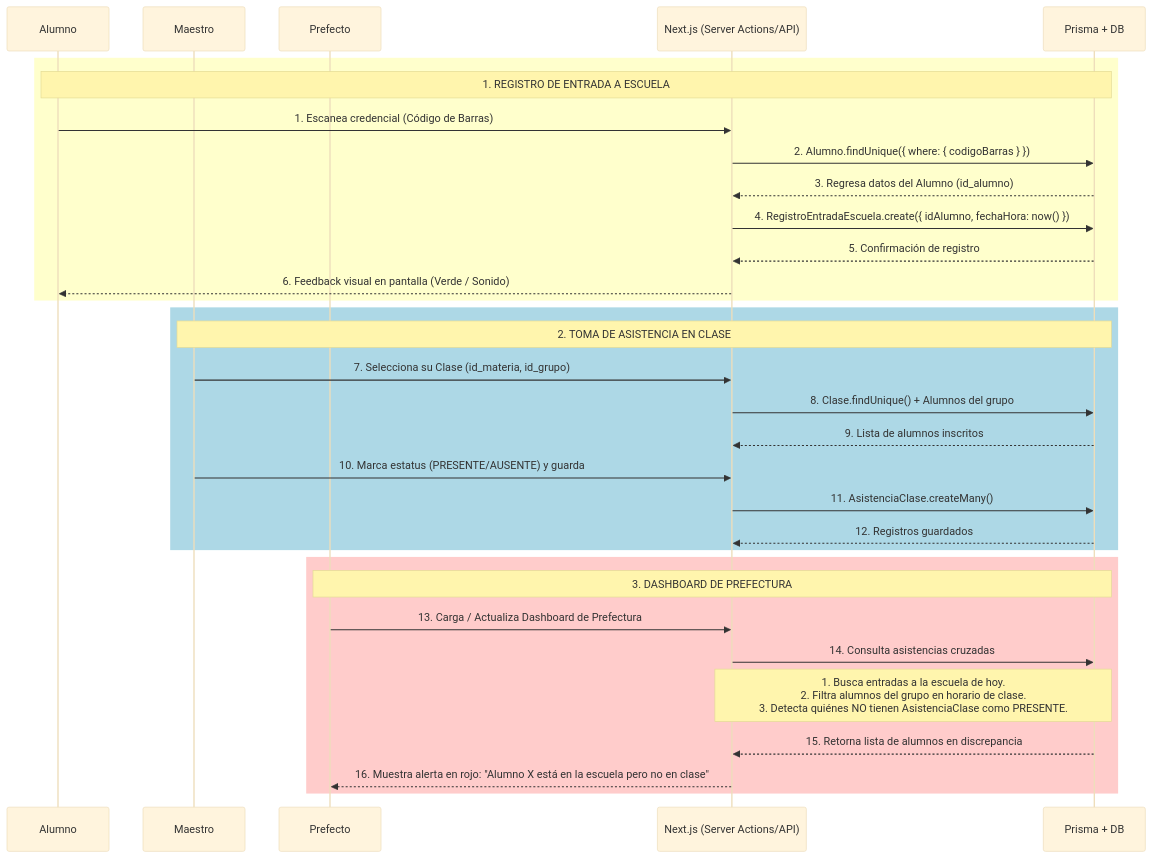
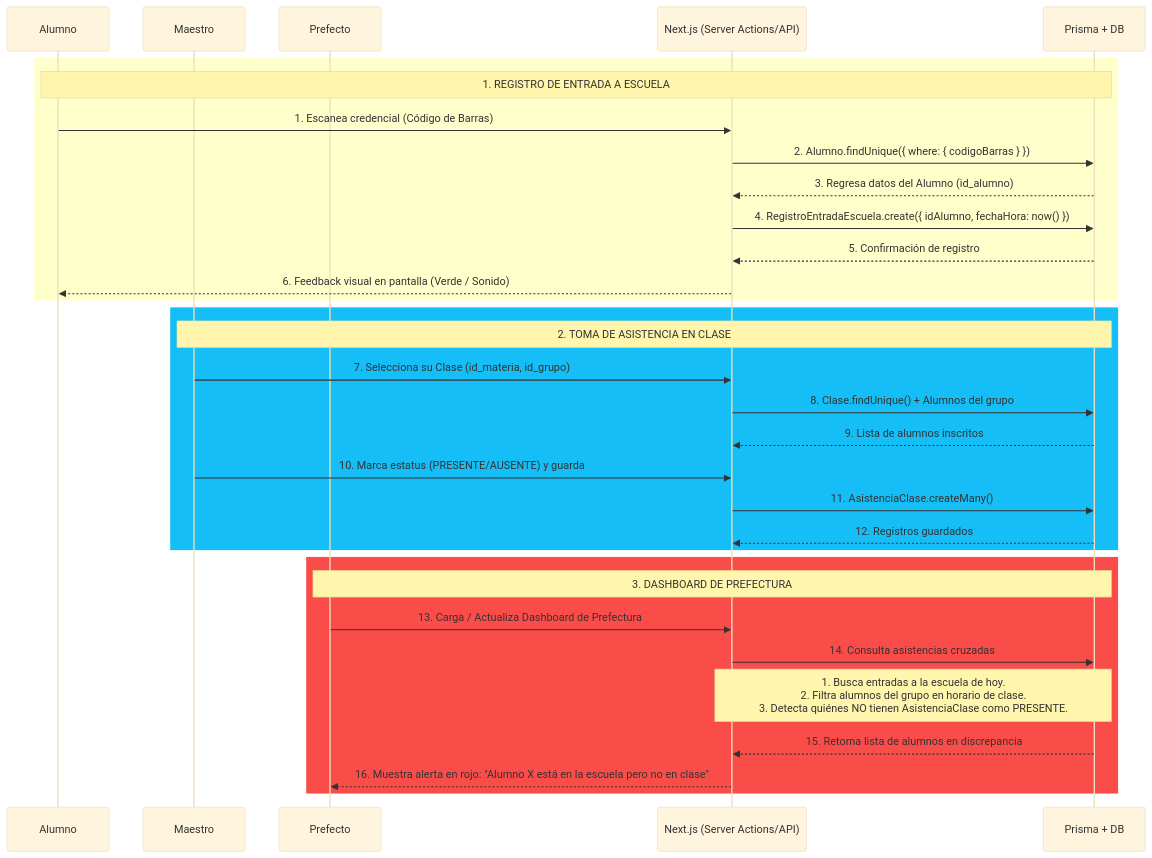
The diagram in README.md (Rezhlute/ZeroPintasv2), drawn with Mermaid (base theme) before and after one commit. The commit also changed other lines of this file, not shown here.

Commit message:
cambios al readme.md marktown mermaid

````diff
--- a/README.md
+++ b/README.md
@@ -56,37 +55,37 @@
 ```mermaid
 sequenceDiagram
     participant A as Alumno
     participant M as Maestro
     participant P as Prefecto
     participant N as Next.js (Server Actions/API)
     participant DB as Prisma + DB
 
     rect rgb(255, 255, 204)
         Note over A, DB: 1. REGISTRO DE ENTRADA A ESCUELA
         A->>N: 1. Escanea credencial (Código de Barras)
         N->>DB: 2. Alumno.findUnique({ where: { codigoBarras } })
         DB-->>N: 3. Regresa datos del Alumno (id_alumno)
         N->>DB: 4. RegistroEntradaEscuela.create({ idAlumno, fechaHora: now() })
         DB-->>N: 5. Confirmación de registro
         N-->>A: 6. Feedback visual en pantalla (Verde / Sonido)
     end
 
-    rect rgb(173, 216, 230)
+    rect rgb(21, 190, 247)
         Note over M, DB: 2. TOMA DE ASISTENCIA EN CLASE
         M->>N: 7. Selecciona su Clase (id_materia, id_grupo)
         N->>DB: 8. Clase.findUnique() + Alumnos del grupo
         DB-->>N: 9. Lista de alumnos inscritos
         M->>N: 10. Marca estatus (PRESENTE/AUSENTE) y guarda
         N->>DB: 11. AsistenciaClase.createMany()
         DB-->>N: 12. Registros guardados
     end
 
-    rect rgb(255, 204, 203)
+    rect rgb(250, 77, 74)
         Note over P, DB: 3. DASHBOARD DE PREFECTURA
         P->>N: 13. Carga / Actualiza Dashboard de Prefectura
         N->>DB: 14. Consulta asistencias cruzadas
         Note over N, DB: 1. Busca entradas a la escuela de hoy.<br/>2. Filtra alumnos del grupo en horario de clase.<br/>3. Detecta quiénes NO tienen AsistenciaClase como PRESENTE.
         DB-->>N: 15. Retorna lista de alumnos en discrepancia
         N-->>P: 16. Muestra alerta en rojo: "Alumno X está en la escuela pero no en clase"
     end
 ```
````
